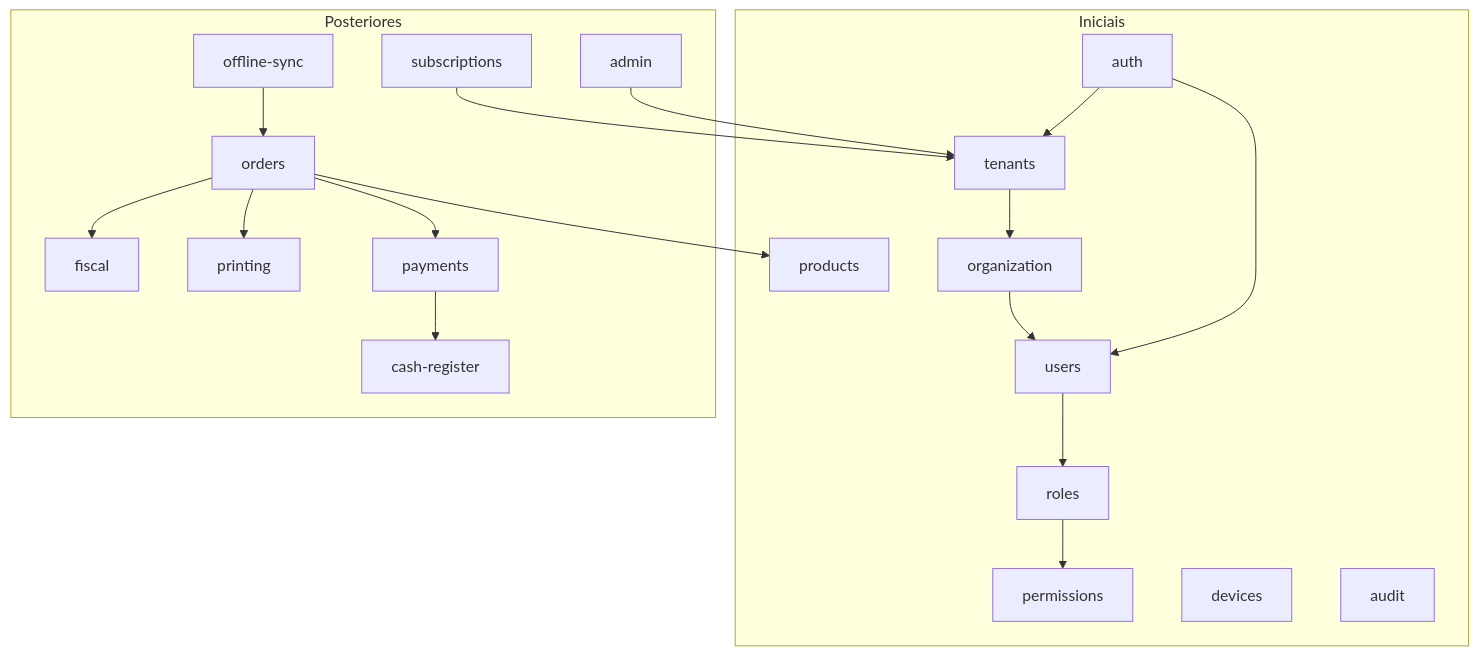
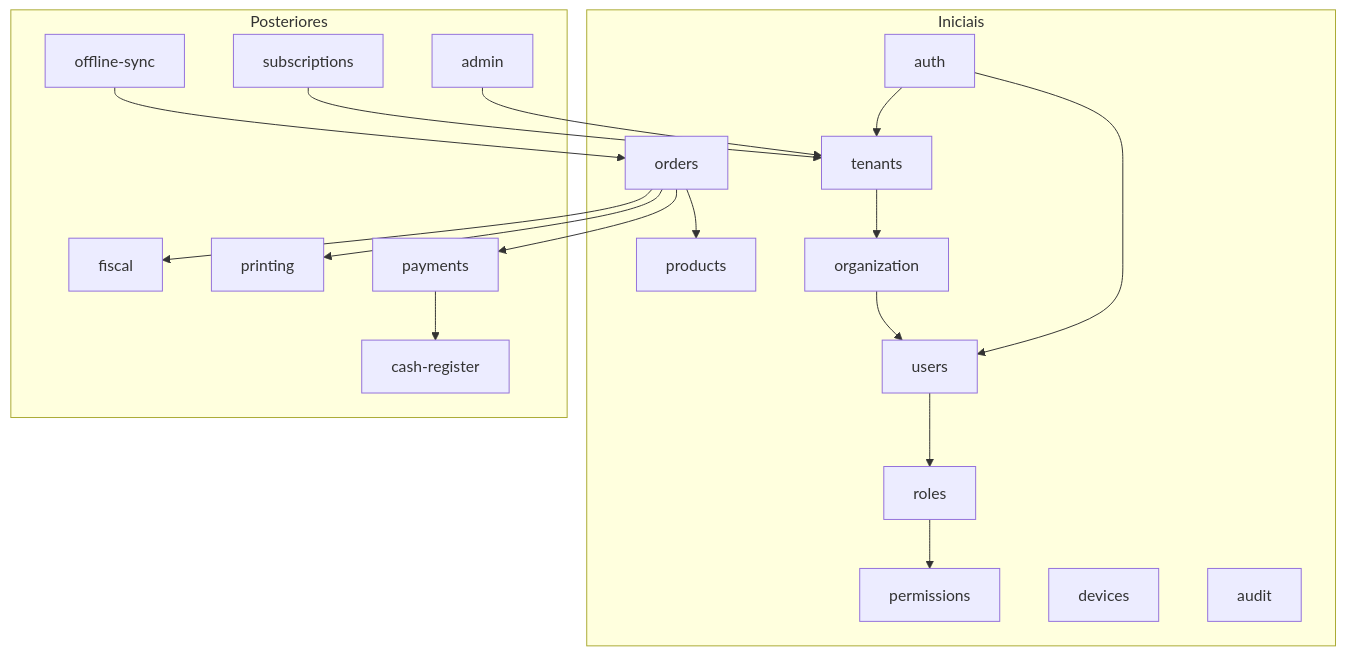
One commit to vieira-security/erp-saas-multi-tenant changed the second of 2 diagrams in docs/architecture.md. Above: the diagram before and after it, drawn with Mermaid. The commit also changed other lines of this file and 4 other files, not shown here.

First line of the commit message:
docs: record the M5 orders schema, sale immutability, numbering and cancellation rule

````diff
--- a/docs/architecture.md
+++ b/docs/architecture.md
@@ -103,22 +104,22 @@
 ```mermaid
 flowchart TD
   subgraph Iniciais
     auth --> users
     auth --> tenants
     tenants --> organization
     organization --> users
     users --> roles --> permissions
     devices
     audit
     products
+    orders --> products
   end
   subgraph Posteriores
-    orders --> products
     orders --> payments --> cash-register
     orders --> printing
     orders --> fiscal
     offline-sync --> orders
     subscriptions --> tenants
     admin --> tenants
   end
 ```
````
